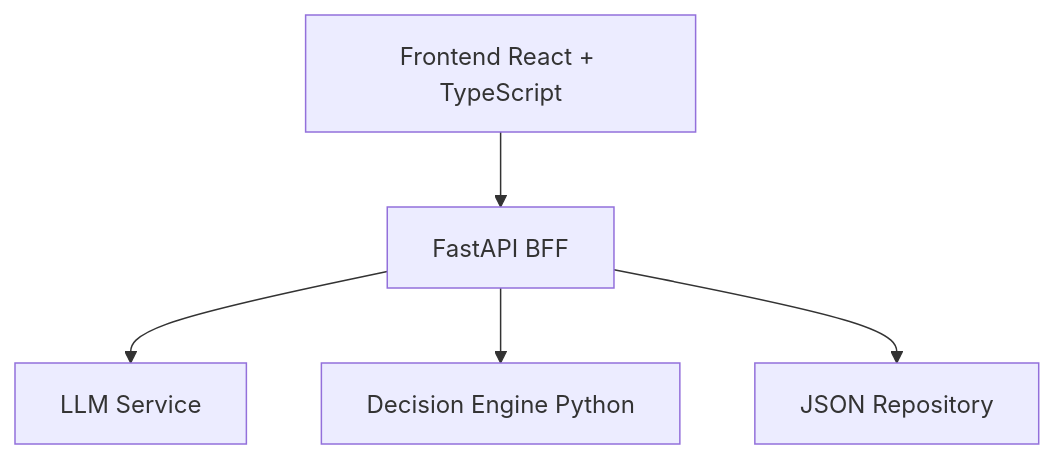
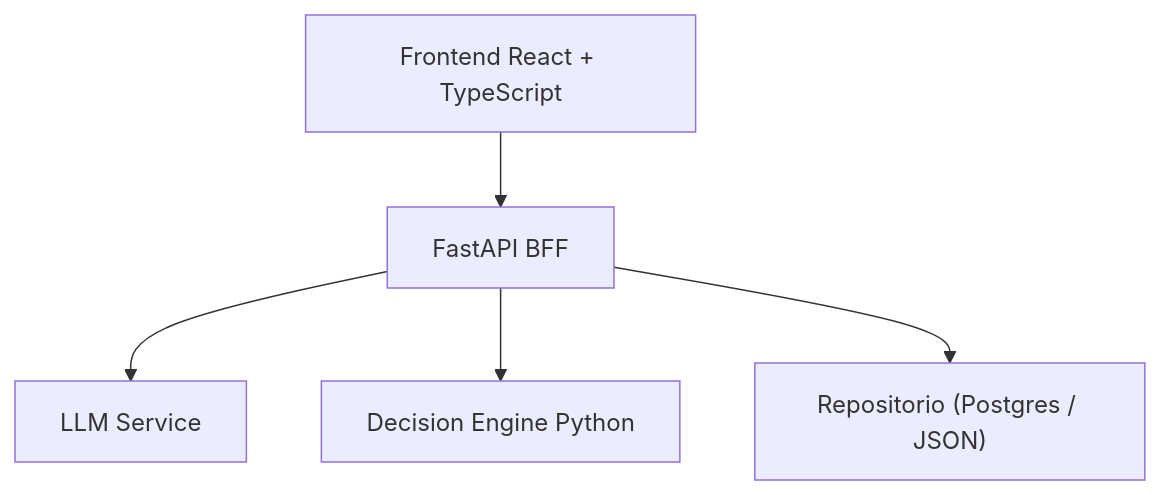
Before and after one commit to MatiasHernandezC/CoordAgent: the diagram in coordinador-simple-mvp/README.md, drawn with Mermaid. The commit also changed other lines of this file and 2 other files, not shown here.

````diff
--- a/coordinador-simple-mvp/README.md
+++ b/coordinador-simple-mvp/README.md
@@ -16,7 +16,7 @@
 ```mermaid
 flowchart TD
   A["Frontend React + TypeScript"] --> B["FastAPI BFF"]
   B --> C["LLM Service"]
   B --> D["Decision Engine Python"]
-  B --> E["JSON Repository"]
+  B --> E["Repositorio (Postgres / JSON)"]
 ```
````
